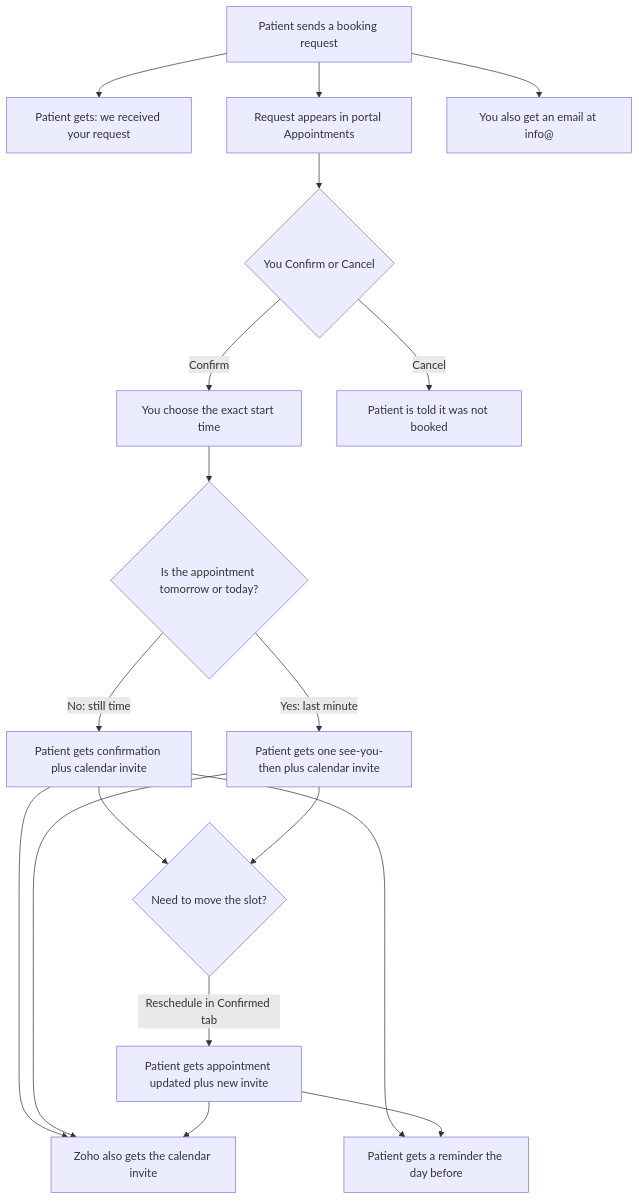
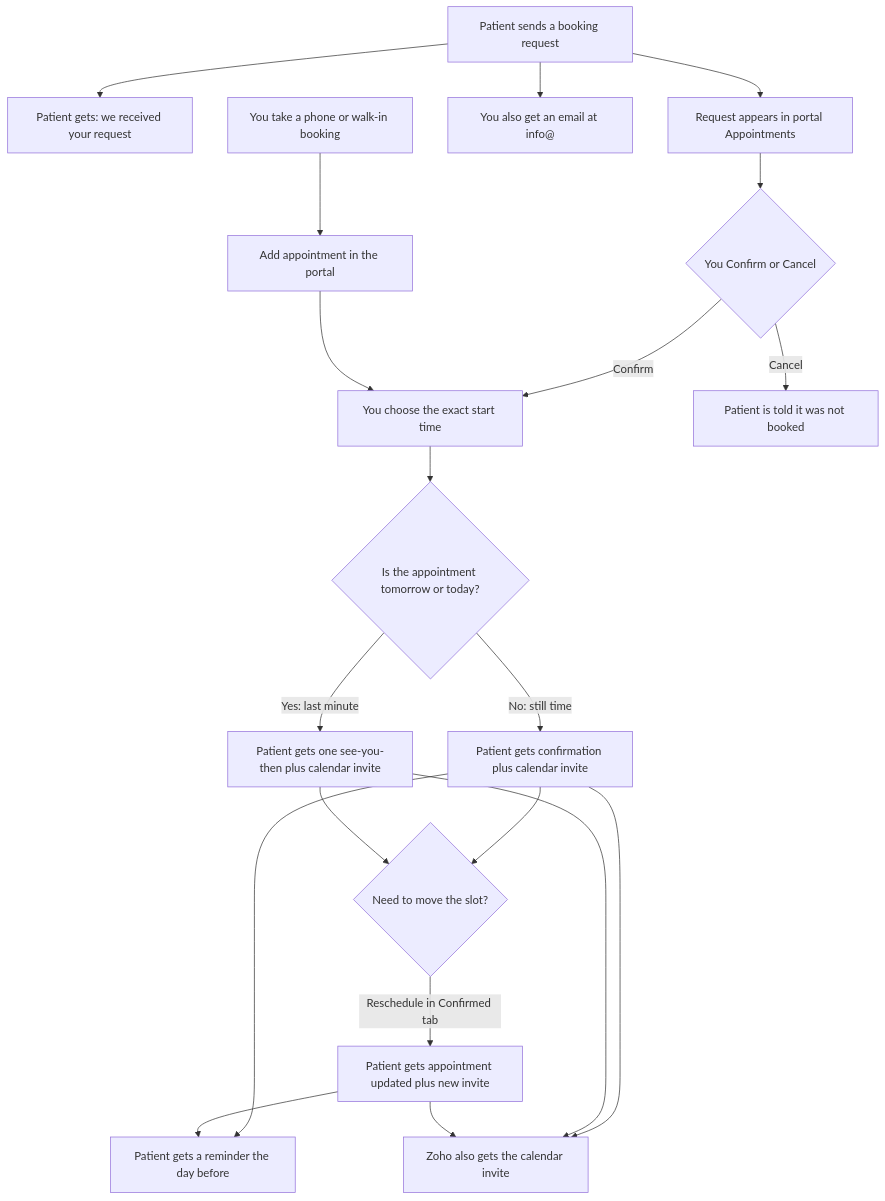
One commit to hbacalso1229/wellness-needles changed the diagram in docs/OWNER-BOOKINGS.md. Above: the diagram before and after it, drawn with Mermaid. The commit also changed other lines of this file and 15 other files, not shown here.

Commit message:
Add walkin appoinment on the portal

````diff
--- a/docs/OWNER-BOOKINGS.md
+++ b/docs/OWNER-BOOKINGS.md
@@ -9,31 +9,34 @@
 ```mermaid
 flowchart TD
   request[Patient sends a booking request]
   received[Patient gets: we received your request]
   inbox[Request appears in portal Appointments]
   clinicMail[You also get an email at info@]
   decide{You Confirm or Cancel}
+  walkin[You take a phone or walk-in booking]
+  add[Add appointment in the portal]
   pickTime[You choose the exact start time]
   tooSoon{Is the appointment tomorrow or today?}
   confirmed[Patient gets confirmation plus calendar invite]
   reminder[Patient gets a reminder the day before]
   seeYou[Patient gets one see-you-then plus calendar invite]
   cancelled[Patient is told it was not booked]
   zoho[Zoho also gets the calendar invite]
   later{Need to move the slot?}
   updated[Patient gets appointment updated plus new invite]
 
   request --> received
   request --> inbox
   request --> clinicMail
   inbox --> decide
   decide -->|Confirm| pickTime --> tooSoon
+  walkin --> add --> pickTime
   tooSoon -->|No: still time| confirmed --> zoho
   confirmed --> reminder
   tooSoon -->|Yes: last minute| seeYou --> zoho
   confirmed --> later
   seeYou --> later
   later -->|Reschedule in Confirmed tab| updated --> zoho
   updated --> reminder
   decide -->|Cancel| cancelled
 ```
````
